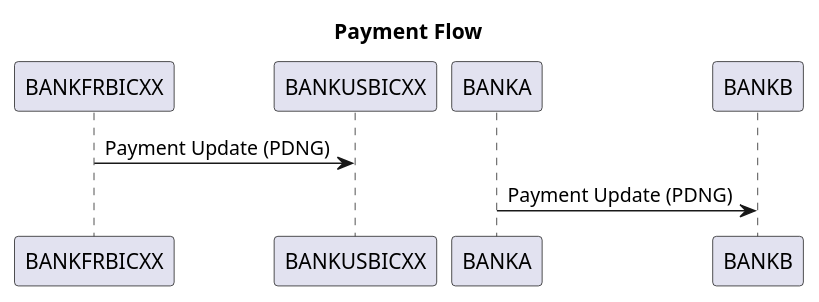
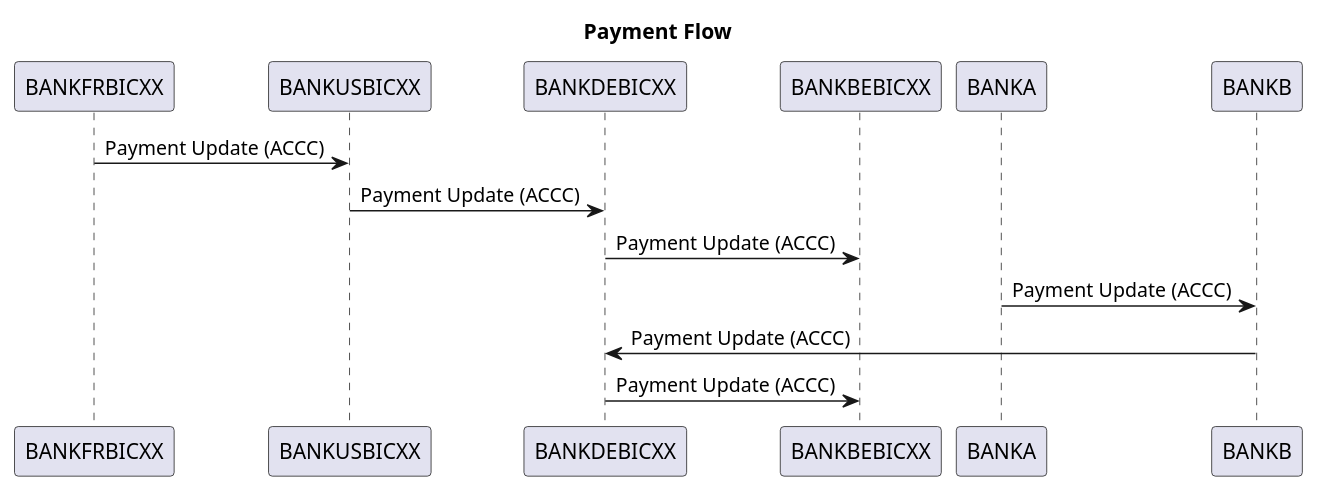
The diagram in cxf-five-module-project/sequence_diagram.puml (paulanthonybegley/Sts-swift-tracking), drawn with PlantUML before and after one commit. The commit also changed 8 other files, not shown here.

```diff
--- a/cxf-five-module-project/sequence_diagram.puml
+++ b/cxf-five-module-project/sequence_diagram.puml
@@ -1,5 +1,9 @@
 @startuml
 title Payment Flow
-"BANKFRBICXX" -> "BANKUSBICXX": Payment Update (PDNG)
-"BANKA" -> "BANKB": Payment Update (PDNG)
+"BANKFRBICXX" -> "BANKUSBICXX": Payment Update (ACCC)
+"BANKUSBICXX" -> "BANKDEBICXX": Payment Update (ACCC)
+"BANKDEBICXX" -> "BANKBEBICXX": Payment Update (ACCC)
+"BANKA" -> "BANKB": Payment Update (ACCC)
+"BANKB" -> "BANKDEBICXX": Payment Update (ACCC)
+"BANKDEBICXX" -> "BANKBEBICXX": Payment Update (ACCC)
 @enduml
```
